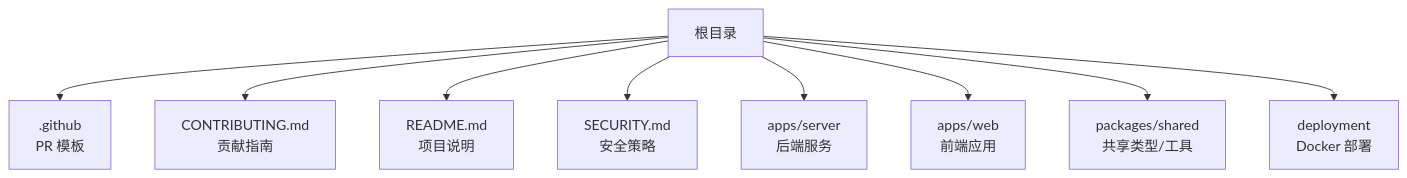
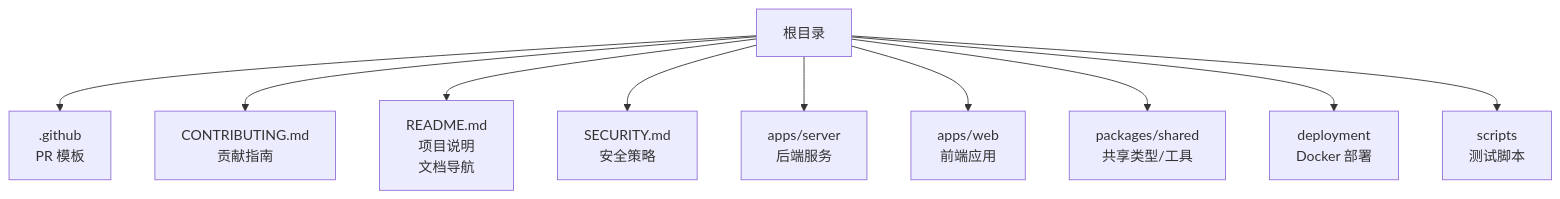
Before and after one commit to tushengtao/mcp-tool-debug: the first of 3 diagrams in .qoder/repowiki/zh/content/开发指南/贡献流程.md, drawn with Mermaid. The commit also changed other lines of this file and 44 other files, not shown here.

````diff
--- a/.qoder/repowiki/zh/content/开发指南/贡献流程.md
+++ b/.qoder/repowiki/zh/content/开发指南/贡献流程.md
@@ -33,11 +46,12 @@
 ```mermaid
 graph TB
 A["根目录"] --> B[".github<br/>PR 模板"]
 A --> C["CONTRIBUTING.md<br/>贡献指南"]
-A --> D["README.md<br/>项目说明"]
+A --> D["README.md<br/>项目说明<br/>文档导航"]
 A --> E["SECURITY.md<br/>安全策略"]
 A --> F["apps/server<br/>后端服务"]
 A --> G["apps/web<br/>前端应用"]
 A --> H["packages/shared<br/>共享类型/工具"]
 A --> I["deployment<br/>Docker 部署"]
+A --> J["scripts<br/>测试脚本"]
 ```
````
